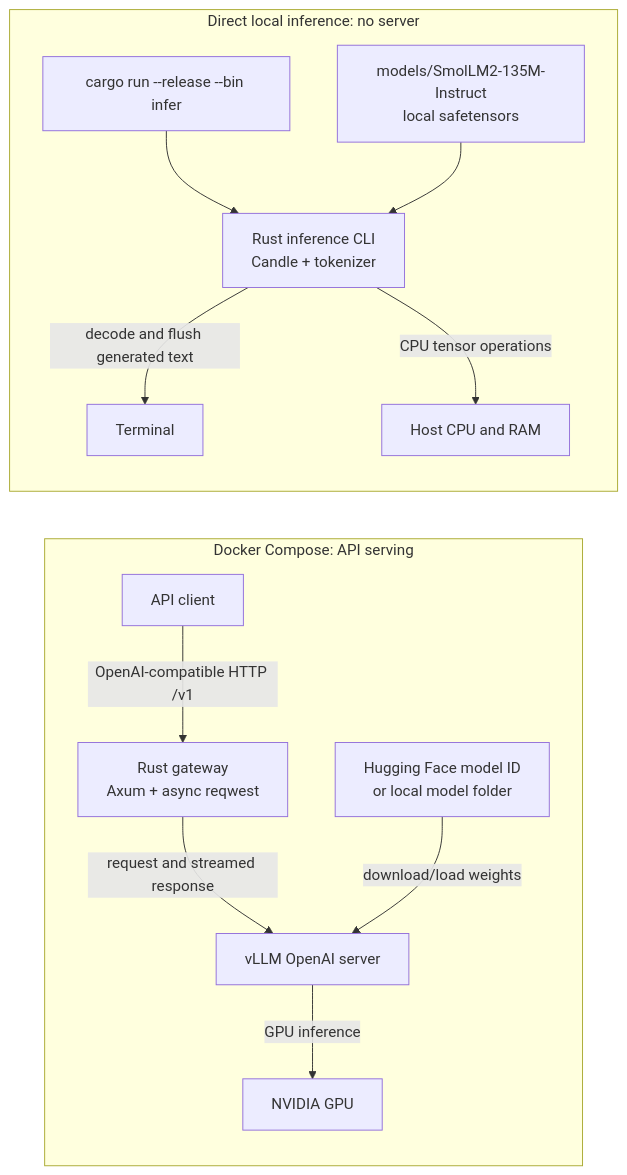
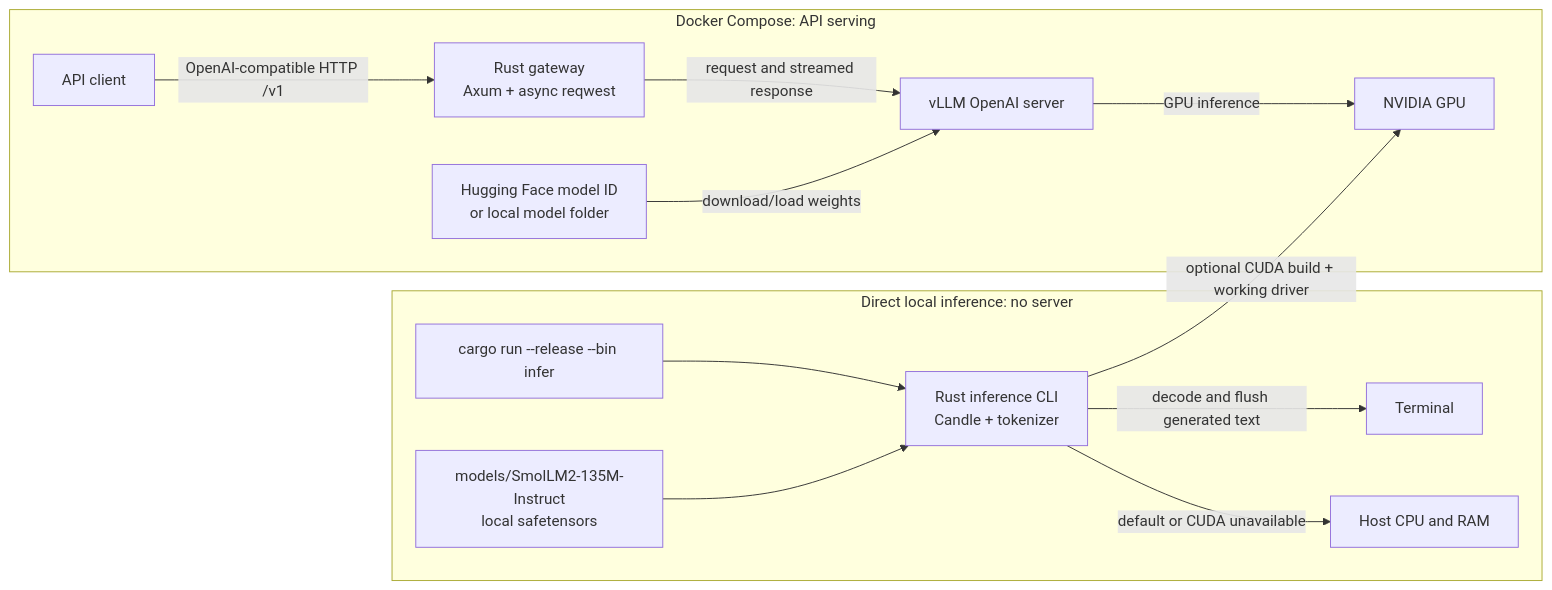
The diagram in README.md (ashhack/rusty_inference), drawn with Mermaid before and after one commit. The commit also changed other lines of this file and 5 other files, not shown here.

````diff
--- a/README.md
+++ b/README.md
@@ -18,16 +18,17 @@
 ```mermaid
 flowchart LR
   subgraph Serving["Docker Compose: API serving"]
     Client["API client"] -->|"OpenAI-compatible HTTP /v1"| Gateway["Rust gateway<br/>Axum + async reqwest"]
     Gateway -->|"request and streamed response"| VLLM["vLLM OpenAI server"]
     HF["Hugging Face model ID<br/>or local model folder"] -->|"download/load weights"| VLLM
     VLLM -->|"GPU inference"| GPU["NVIDIA GPU"]
   end
 
   subgraph Local["Direct local inference: no server"]
     Cargo["cargo run --release --bin infer"] --> CLI["Rust inference CLI<br/>Candle + tokenizer"]
     Model["models/SmolLM2-135M-Instruct<br/>local safetensors"] --> CLI
     CLI -->|"decode and flush generated text"| Terminal["Terminal"]
-    CLI -->|"CPU tensor operations"| CPU["Host CPU and RAM"]
+    CLI -->|"default or CUDA unavailable"| CPU["Host CPU and RAM"]
+    CLI -->|"optional CUDA build + working driver"| GPU
   end
 ```
````
